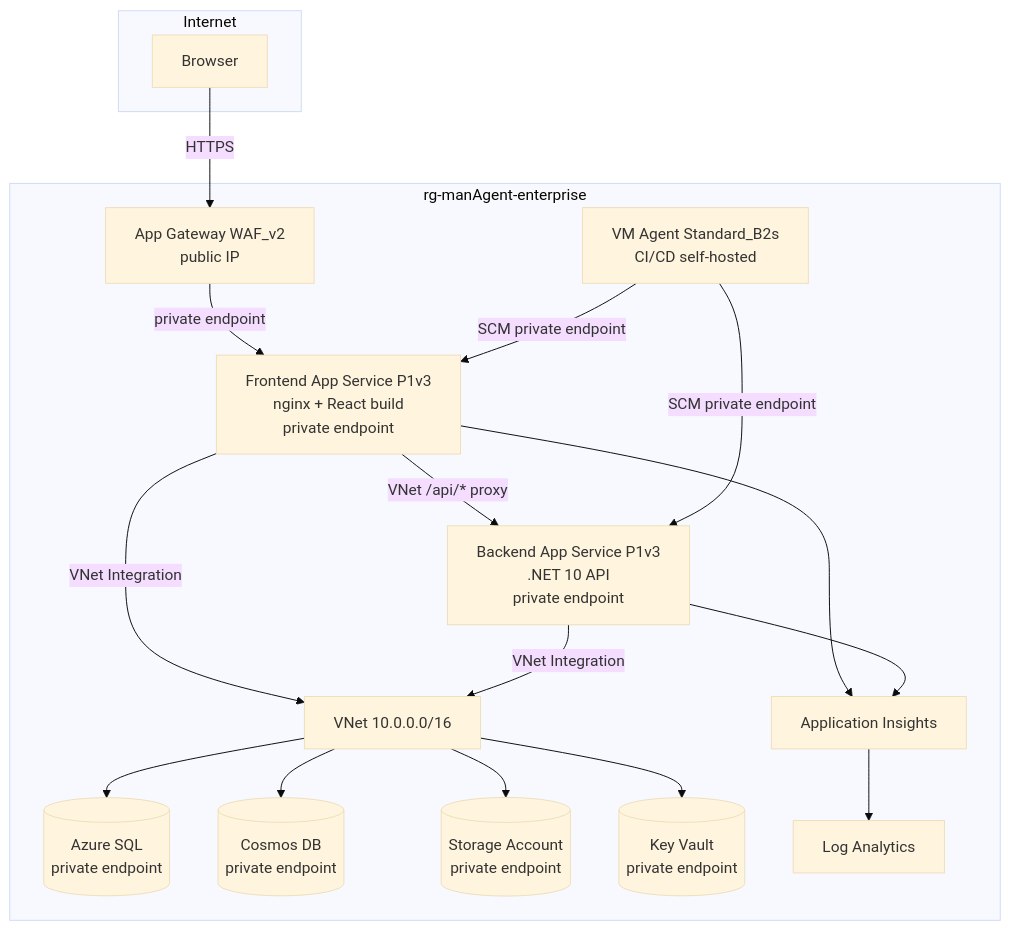
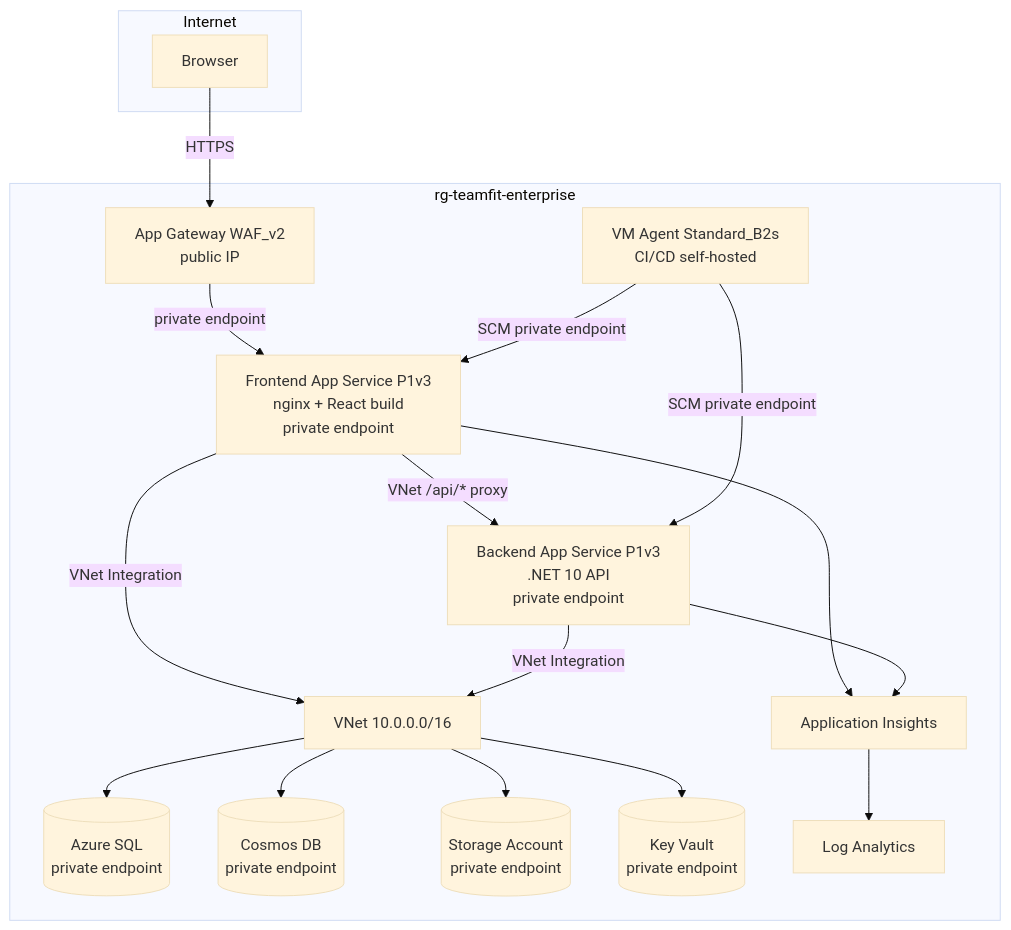
Before and after one commit to stefanopetriagic/TeamFit: the seventh of 7 diagrams in docs/architecture.md, drawn with Mermaid (base theme). The commit also changed other lines of this file and 11 other files, not shown here.

````diff
--- a/docs/architecture.md
+++ b/docs/architecture.md
@@ -138,35 +138,35 @@
 ```mermaid
 flowchart TB
   subgraph Internet
     User[Browser]
   end
 
-  subgraph RG[rg-manAgent-enterprise]
+  subgraph RG[rg-teamfit-enterprise]
     AGW[App Gateway WAF_v2\npublic IP]
     FE[Frontend App Service P1v3\nnginx + React build\nprivate endpoint]
     BE[Backend App Service P1v3\n.NET 10 API\nprivate endpoint]
     VM[VM Agent Standard_B2s\nCI/CD self-hosted]
     VNet[VNet 10.0.0.0/16]
     SQL[(Azure SQL\nprivate endpoint)]
     Cosmos[(Cosmos DB\nprivate endpoint)]
     ST[(Storage Account\nprivate endpoint)]
     KV[(Key Vault\nprivate endpoint)]
     LAW[Log Analytics]
     APPI[Application Insights]
   end
 
   User -->|HTTPS| AGW
   AGW -->|private endpoint| FE
   FE -->|VNet /api/* proxy| BE
   FE -->|VNet Integration| VNet
   BE -->|VNet Integration| VNet
   VM -->|SCM private endpoint| FE
   VM -->|SCM private endpoint| BE
   VNet --> SQL
   VNet --> Cosmos
   VNet --> ST
   VNet --> KV
   FE --> APPI
   BE --> APPI
   APPI --> LAW
 ```
````
